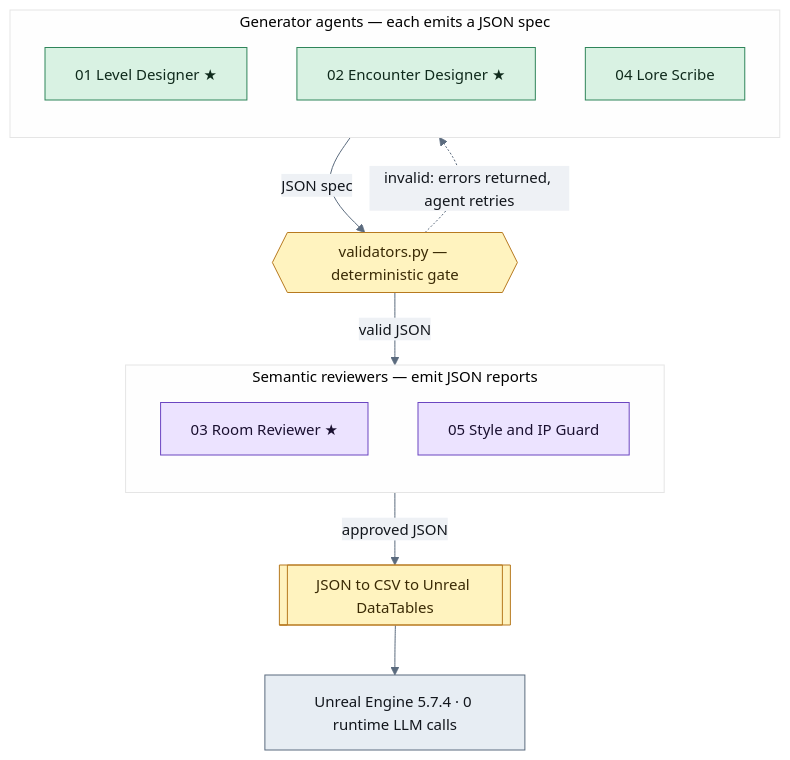
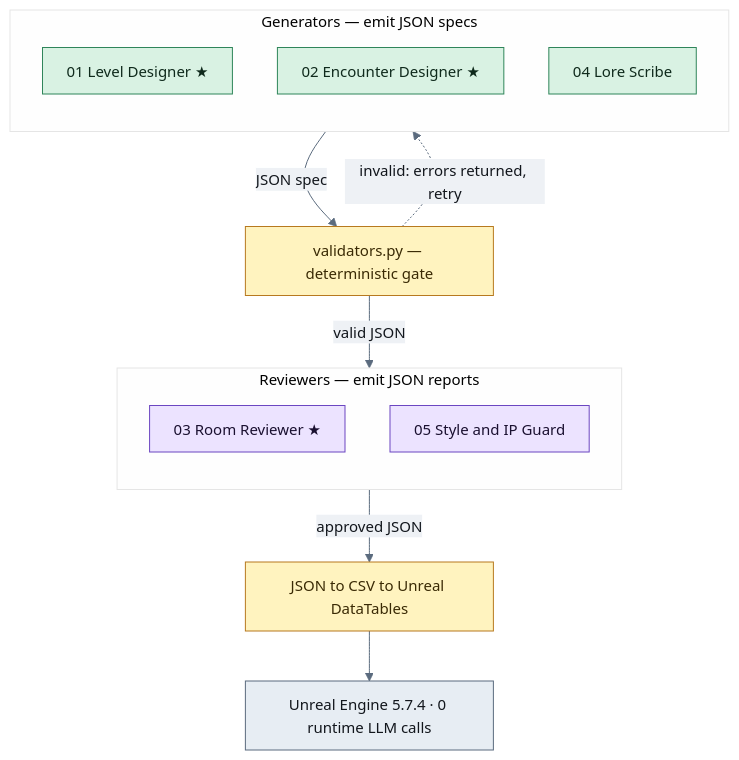
One commit to adriangarciaestrada/Echoes-ELVTR changed the diagram in assignment-03-agent-crew/README.md. Above: the diagram before and after it, drawn with Mermaid.

Commit message:
docs: stop diagram text from clipping
Replace the hexagon gate and subroutine seam with plain rectangles (their
angled/double-border geometry was cutting long labels) and tighten the
subgraph titles so they fit their box. No information removed.

````diff
--- a/assignment-03-agent-crew/README.md
+++ b/assignment-03-agent-crew/README.md
@@ -54,27 +54,27 @@
 ```mermaid
-%%{init: {'theme':'base','themeVariables':{'background':'#ffffff','primaryColor':'#eef1f5','primaryTextColor':'#12161c','primaryBorderColor':'#8a94a3','lineColor':'#5b6b7e','edgeLabelBackground':'#eef1f5','fontSize':'15px','fontFamily':'system-ui, -apple-system, Segoe UI, sans-serif'}}}%%
+%%{init: {'theme':'base','flowchart':{'padding':12,'nodeSpacing':45,'rankSpacing':50,'htmlLabels':true},'themeVariables':{'background':'#ffffff','primaryColor':'#eef1f5','primaryTextColor':'#12161c','primaryBorderColor':'#8a94a3','lineColor':'#5b6b7e','edgeLabelBackground':'#eef1f5','fontSize':'15px','fontFamily':'system-ui, -apple-system, Segoe UI, sans-serif'}}}%%
 flowchart TD
-    subgraph GEN["Generator agents — each emits a JSON spec"]
+    subgraph GEN["Generators — emit JSON specs"]
         direction TB
         A01["01 Level Designer  ★"]:::gemini
         A02["02 Encounter Designer  ★"]:::gemini
         A04["04 Lore Scribe"]:::gemini
     end
     GEN -->|JSON spec| GATE
-    GATE{{"validators.py — deterministic gate"}}:::gate
-    GATE -.->|invalid: errors returned, agent retries| GEN
+    GATE["validators.py — deterministic gate"]:::gate
+    GATE -.->|invalid: errors returned, retry| GEN
     GATE -->|valid JSON| REV
-    subgraph REV["Semantic reviewers — emit JSON reports"]
+    subgraph REV["Reviewers — emit JSON reports"]
         direction TB
         A03["03 Room Reviewer  ★"]:::claude
         A05["05 Style and IP Guard"]:::claude
     end
     REV -->|approved JSON| SEAM
-    SEAM[["JSON to CSV to Unreal DataTables"]]:::gate
+    SEAM["JSON to CSV to Unreal DataTables"]:::gate
     SEAM --> UE["Unreal Engine 5.7.4 · 0 runtime LLM calls"]:::engine
 
     classDef gemini fill:#d9f2e3,stroke:#2f855a,color:#0f2a1c;
     classDef claude fill:#ece3ff,stroke:#6b46c1,color:#1a1030;
     classDef gate   fill:#fff3bf,stroke:#b7791f,color:#3a2a05;
     classDef engine fill:#e7edf3,stroke:#5b6b7e,color:#12161c;
 ```
````
